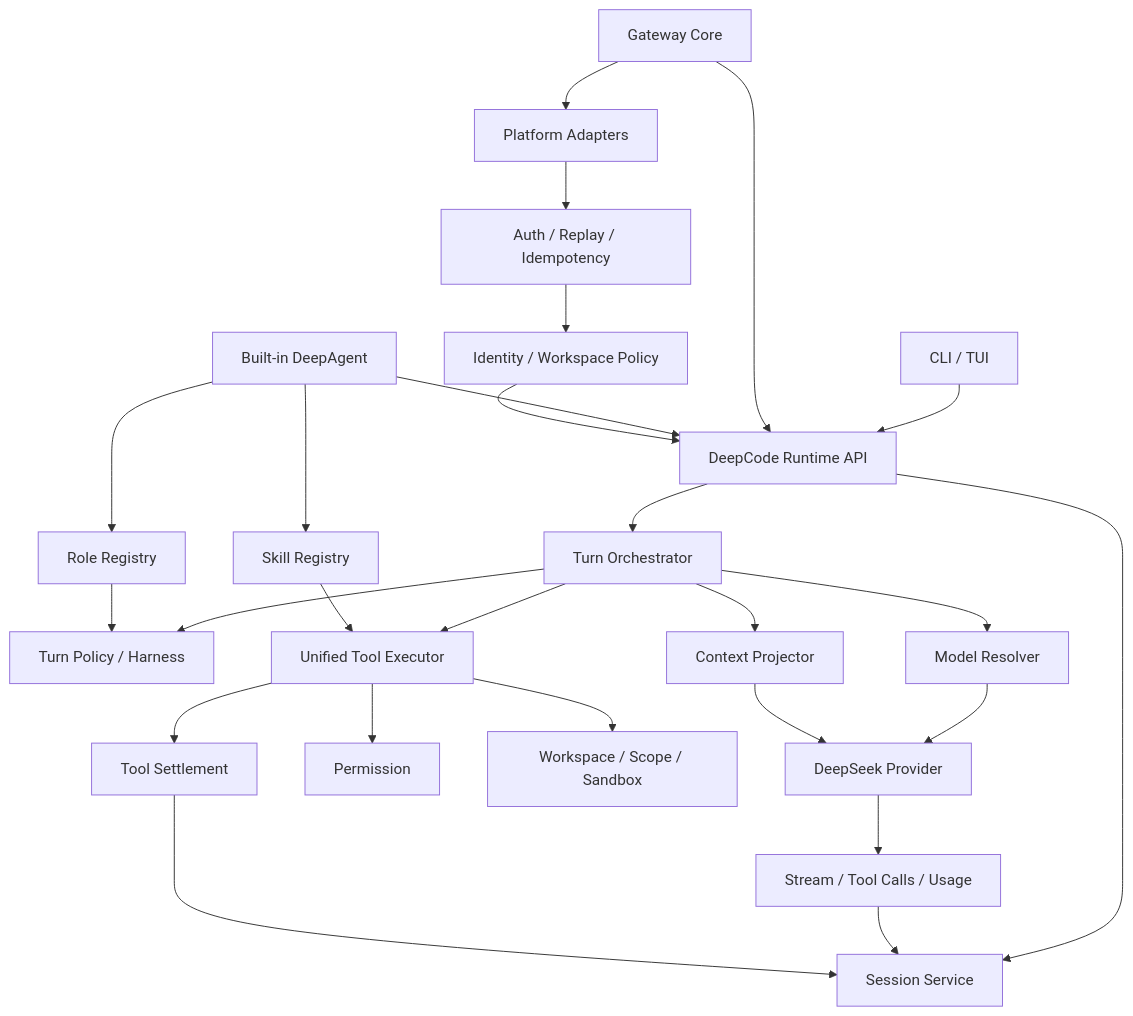
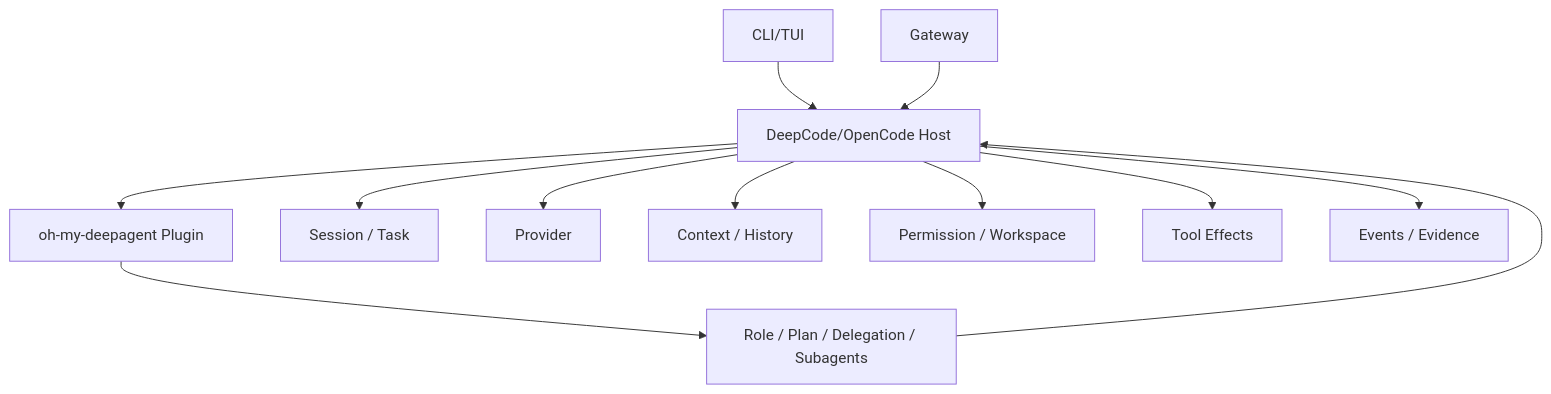
The diagram in docs/open-source-readiness/10_V0.1_TECHNICAL_ARCHITECTURE.md (yuanchenglu/deepcode), drawn with Mermaid before and after one commit. The commit also changed other lines of this file, not shown here.

Commit message:
docs: correct technical architecture runtime boundaries

````diff
--- a/docs/open-source-readiness/10_V0.1_TECHNICAL_ARCHITECTURE.md
+++ b/docs/open-source-readiness/10_V0.1_TECHNICAL_ARCHITECTURE.md
@@ -8,32 +18,14 @@
 ```mermaid
-flowchart TD
-  CLI[CLI / TUI] --> API[DeepCode Runtime API]
-  GW[Gateway Core] --> API
-  AG[Built-in DeepAgent] --> API
-
-  API --> SESSION[Session Service]
-  API --> TURN[Turn Orchestrator]
-  TURN --> POLICY[Turn Policy / Harness]
-  TURN --> MODEL[Model Resolver]
-  TURN --> CONTEXT[Context Projector]
-  TURN --> TOOLS[Unified Tool Executor]
-
-  MODEL --> PROVIDER[DeepSeek Provider]
-  CONTEXT --> PROVIDER
-  PROVIDER --> STREAM[Stream / Tool Calls / Usage]
-  STREAM --> SESSION
-  TOOLS --> PERM[Permission]
-  TOOLS --> SCOPE[Workspace / Scope / Sandbox]
-  TOOLS --> SETTLE[Tool Settlement]
-  SETTLE --> SESSION
-
-  AG --> ROLE[Role Registry]
-  AG --> SKILL[Skill Registry]
-  ROLE --> POLICY
-  SKILL --> TOOLS
-
-  GW --> ADAPTER[Platform Adapters]
-  ADAPTER --> AUTH[Auth / Replay / Idempotency]
-  AUTH --> IDENTITY[Identity / Workspace Policy]
-  IDENTITY --> API
+flowchart TB
+  CLI[CLI/TUI] --> HOST[DeepCode/OpenCode Host]
+  GW[Gateway] --> HOST
+  HOST --> PLUGIN[oh-my-deepagent Plugin]
+  PLUGIN --> ORCH[Role / Plan / Delegation / Subagents]
+  HOST --> SESSION[Session / Task]
+  HOST --> PROVIDER[Provider]
+  HOST --> CONTEXT[Context / History]
+  HOST --> SECURITY[Permission / Workspace]
+  HOST --> TOOLS[Tool Effects]
+  HOST --> EVIDENCE[Events / Evidence]
+  ORCH --> HOST
 ```
````
